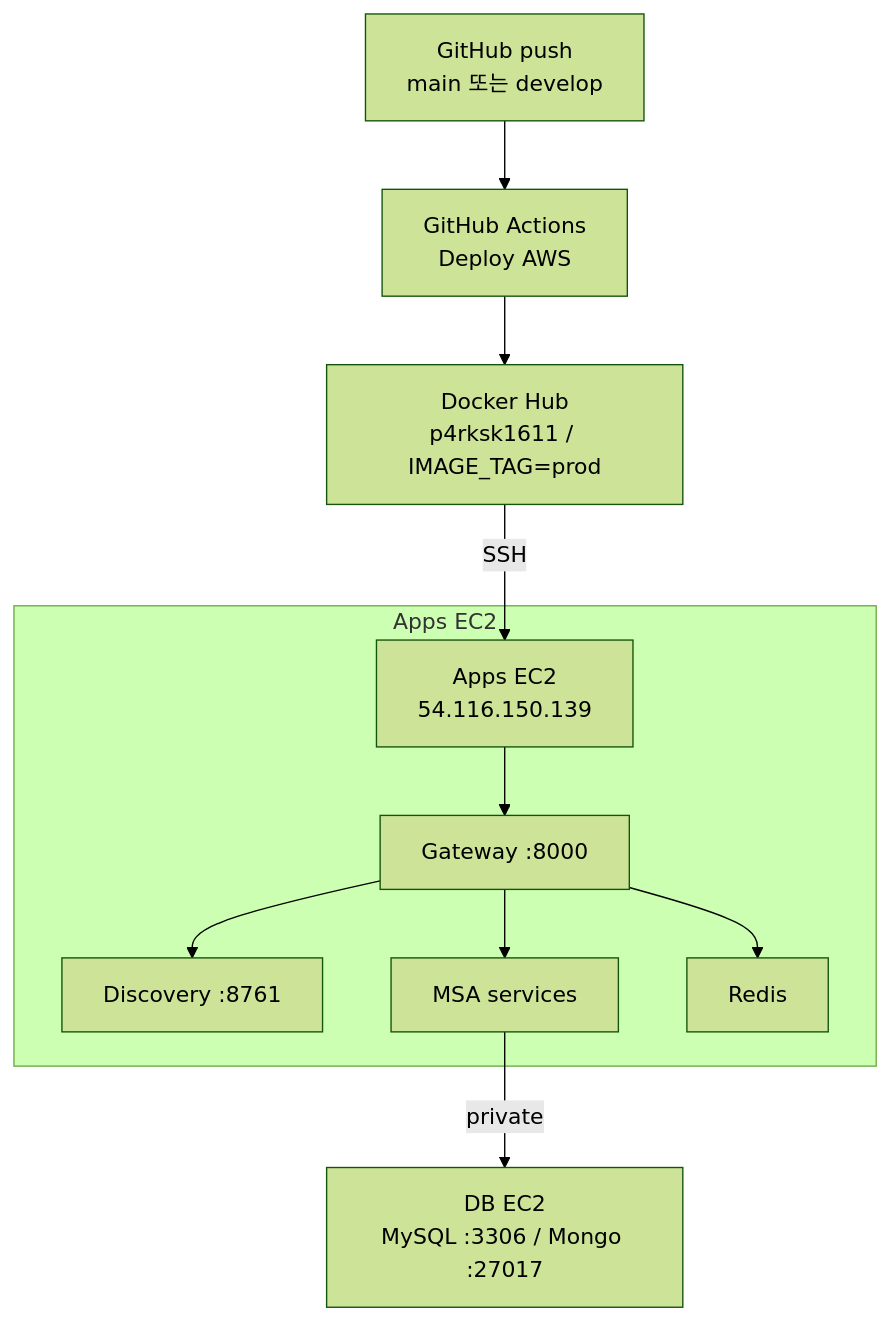
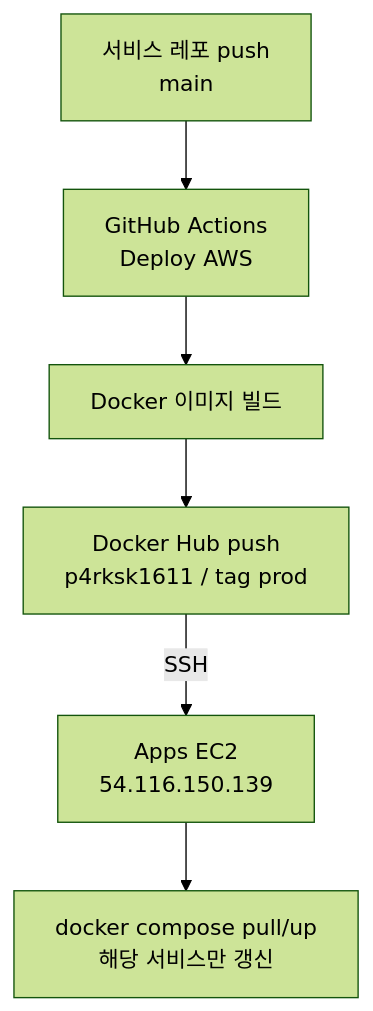
One commit to SpartaValueHub/ValueHub-AWS-Infra changed the first of 3 diagrams in docs/cicd-flow.md. Above: the diagram before and after it, drawn with Mermaid (forest theme). The commit also changed other lines of this file, not shown here.

Commit message:
Split cicd-flow diagrams into deploy-only and API-only views.

````diff
--- a/docs/cicd-flow.md
+++ b/docs/cicd-flow.md
@@ -23,15 +27,8 @@
 ```mermaid
 flowchart TD
-  A[GitHub push<br/>main 또는 develop] --> B[GitHub Actions<br/>Deploy AWS]
-  B --> C[Docker Hub<br/>p4rksk1611 / IMAGE_TAG=prod]
-  C -->|SSH| D[Apps EC2<br/>54.116.150.139]
-
-  subgraph Apps["Apps EC2"]
-    D --> E[Gateway :8000]
-    E --> F[Discovery :8761]
-    E --> G[MSA services]
-    E --> H[Redis]
-  end
-
-  G -->|private| I[DB EC2<br/>MySQL :3306 / Mongo :27017]
+  A[서비스 레포 push<br/>main] --> B[GitHub Actions<br/>Deploy AWS]
+  B --> C[Docker 이미지 빌드]
+  C --> D[Docker Hub push<br/>p4rksk1611 / tag prod]
+  D -->|SSH| E[Apps EC2<br/>54.116.150.139]
+  E --> F[docker compose pull/up<br/>해당 서비스만 갱신]
 ```
````
